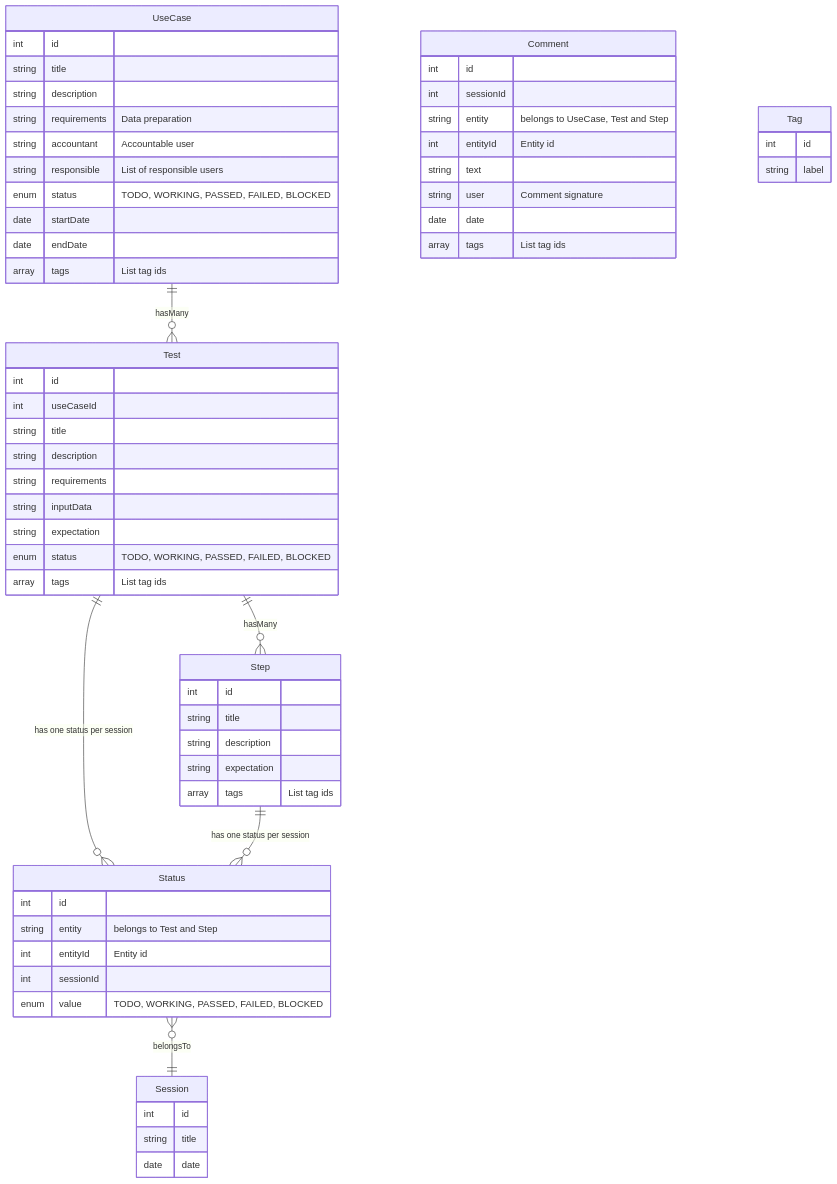
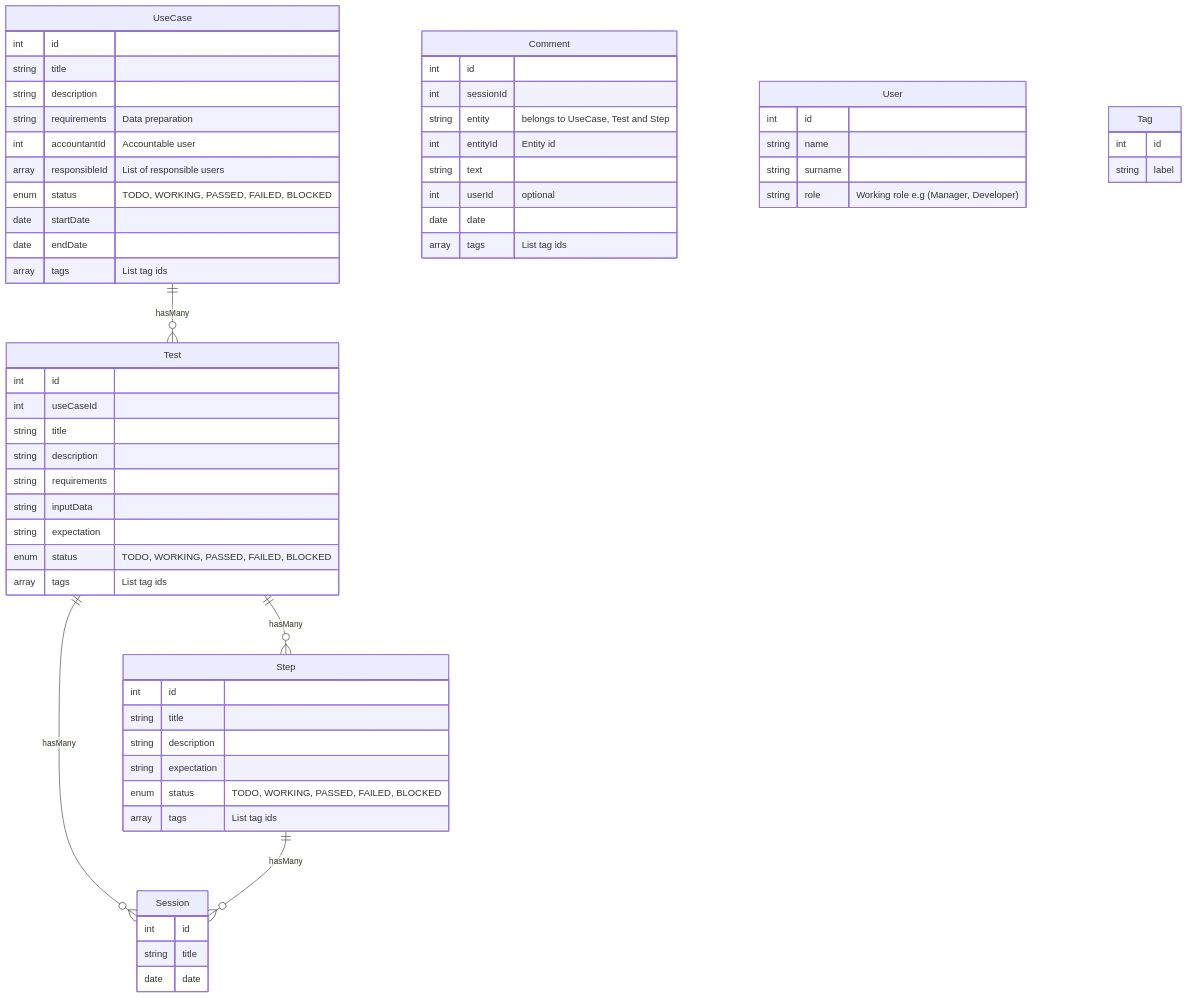
The diagram in doc/data-model.md (intesys/ytestbook), drawn with Mermaid before and after one commit. The commit also changed 1 other file, not shown here.

Commit message:
Data model

````diff
--- a/doc/data-model.md
+++ b/doc/data-model.md
@@ -12,64 +12,63 @@
 ```mermaid
-erDiagram  
+erDiagram
   UseCase {
     int id
     string title
     string description
     string requirements "Data preparation"
-    string accountant "Accountable user"
-    string responsible "List of responsible users"
+    int accountantId "Accountable user"
+    array responsibleId "List of responsible users"
     enum status "TODO, WORKING, PASSED, FAILED, BLOCKED"
     date startDate
     date endDate
     array tags "List tag ids"
   }
   Test {
     int id
     int useCaseId
     string title
     string description
     string requirements
     string inputData
     string expectation
     enum status "TODO, WORKING, PASSED, FAILED, BLOCKED"
     array tags "List tag ids"
   }
   Step {
     int id
     string title
     string description
     string expectation
+    enum status "TODO, WORKING, PASSED, FAILED, BLOCKED"
     array tags "List tag ids"
   }
   Session {
     int id
     string title
     date date
   }
-  Status {
-    int id
-    string entity "belongs to Test and Step"
-    int entityId "Entity id"
-    int sessionId
-    enum value "TODO, WORKING, PASSED, FAILED, BLOCKED"
-  }
   Comment {
     int id
     int sessionId
     string entity "belongs to UseCase, Test and Step"
     int entityId "Entity id"
     string text
-    string user "Comment signature"
+    int userId "optional"
     date date
     array tags "List tag ids"
+  }
+  User {
+    int id
+    string name
+    string surname
+    string role "Working role e.g (Manager, Developer)"
   }
   Tag {
     int id
     string label
   }
   UseCase   ||--o{   Test     : hasMany
   Test      ||--o{   Step     : hasMany
-  Test      ||--o{   Status   : "has one status per session" 
-  Step      ||--o{   Status   : "has one status per session"
-  Status    }o--||   Session  : belongsTo
+  Test      ||--o{   Session  : hasMany
+  Step      ||--o{   Session  : hasMany
 ```
````
